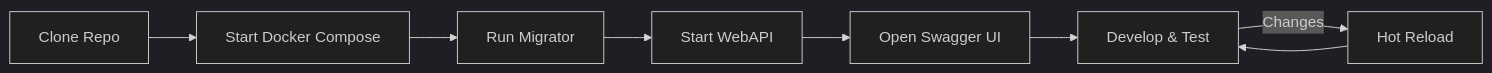
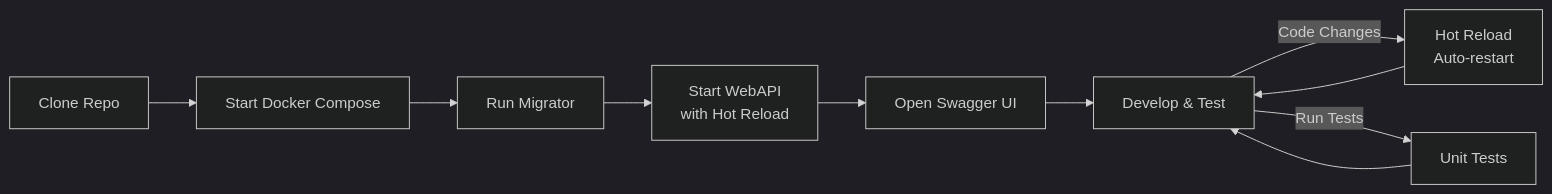
One commit to tinse-22/GSP26SE43.ModularMonolith changed the fourth of 4 diagrams in docs-architecture/10-devops-and-local-development.md. Above: the diagram before and after it, drawn with Mermaid (dark theme). The commit also changed other lines of this file and 4 other files, not shown here.

````diff
--- a/docs-architecture/10-devops-and-local-development.md
+++ b/docs-architecture/10-devops-and-local-development.md
@@ -272,10 +444,12 @@
 ```mermaid
 graph LR
     A[Clone Repo] --> B[Start Docker Compose]
     B --> C[Run Migrator]
-    C --> D[Start WebAPI]
+    C --> D[Start WebAPI<br/>with Hot Reload]
     D --> E[Open Swagger UI]
     E --> F[Develop & Test]
-    F -->|Changes| G[Hot Reload]
+    F -->|Code Changes| G[Hot Reload<br/>Auto-restart]
     G --> F
+    F -->|Run Tests| H[Unit Tests]
+    H --> F
 ```
````
